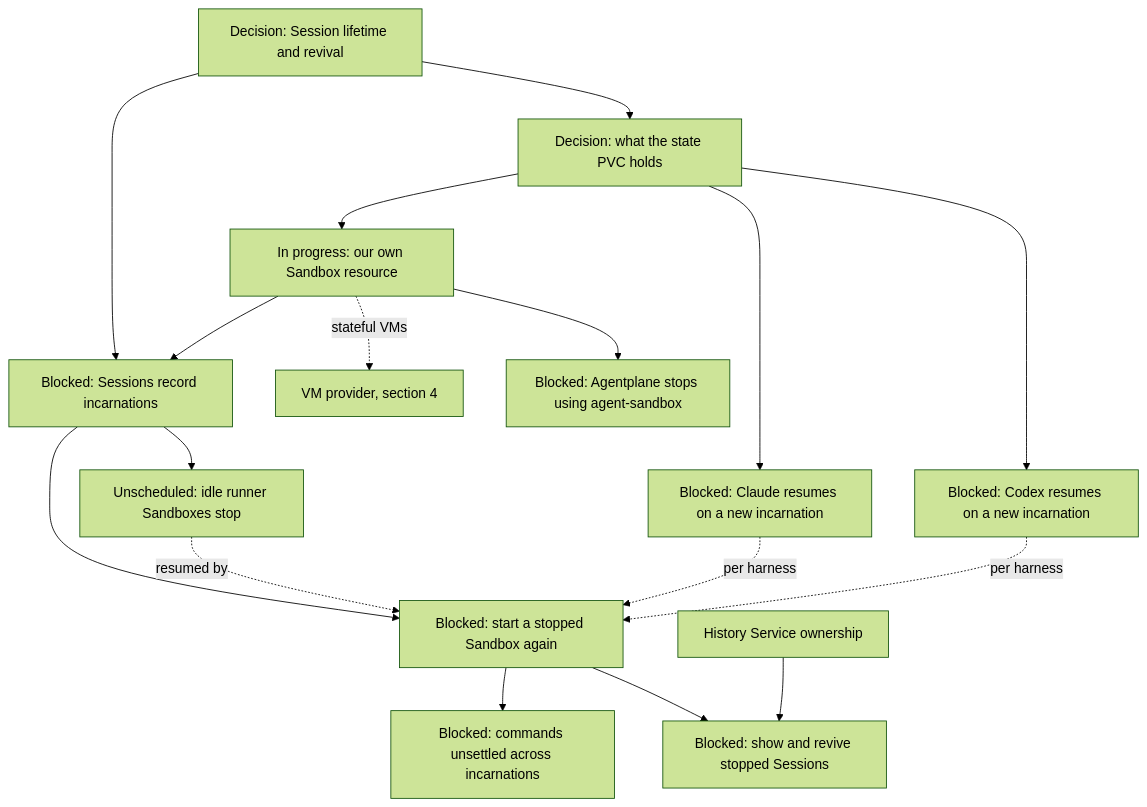
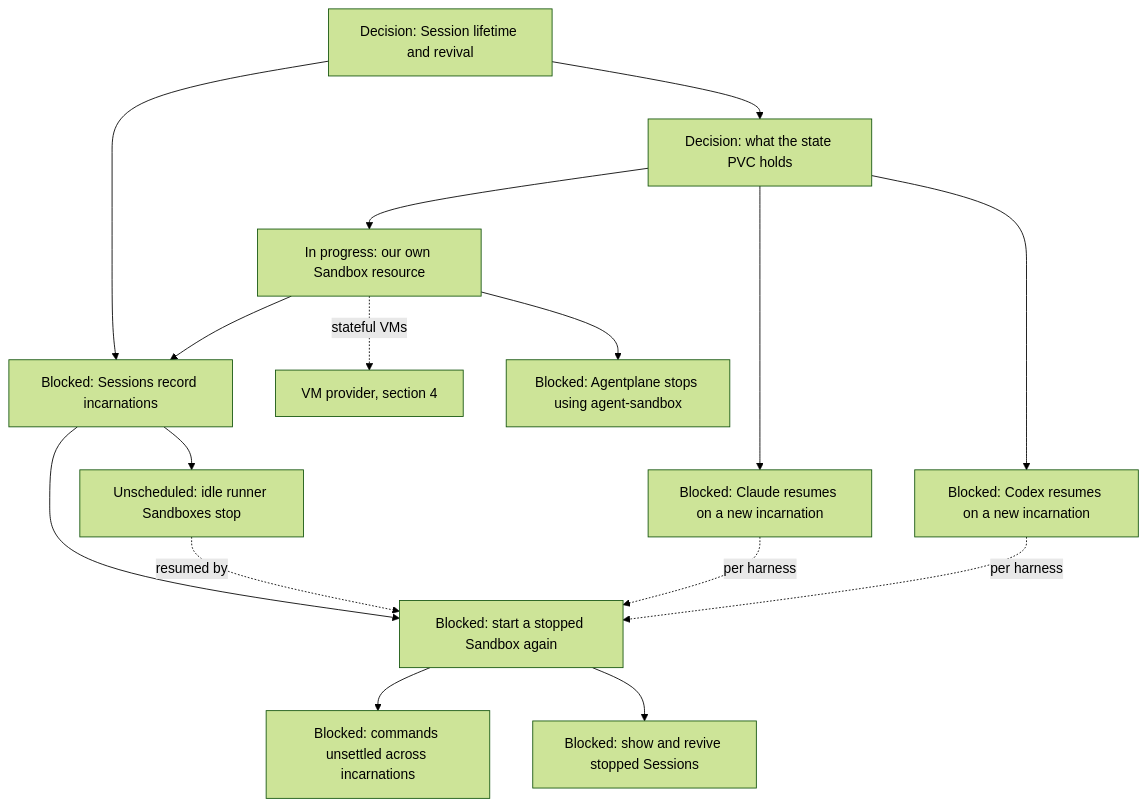
One commit to agentydragon-agent/ducktape changed the ninth of 14 diagrams in agentplane/plans/task_dag.md. Above: the diagram before and after it, drawn with Mermaid (forest theme). The commit also changed other lines of this file and 9 other files, not shown here.

````diff
--- a/agentplane/plans/task_dag.md
+++ b/agentplane/plans/task_dag.md
@@ -600,30 +582,28 @@
 ```mermaid
 flowchart TD
     DURABLE_SESSION_LIFECYCLE[Decision: Session lifetime and revival]
     SESSION_STATE_VOLUME_DESIGN[Decision: what the state PVC holds]
     AGENTPLANE_SANDBOX_RESOURCE[In progress: our own Sandbox resource]
     CLAUDE_PORTABLE_STATE[Blocked: Claude resumes on a new incarnation]
     CODEX_PORTABLE_STATE[Blocked: Codex resumes on a new incarnation]
     SESSION_INCARNATIONS[Blocked: Sessions record incarnations]
     SESSION_REVIVE[Blocked: start a stopped Sandbox again]
     THREAD_SUCCESSOR_DELIVERY[Blocked: commands unsettled across incarnations]
     HOSTED_THREAD_SURFACES[Blocked: show and revive stopped Sessions]
-    HISTORY_SERVICE_OWNERSHIP[History Service ownership]
     VM_PROVIDER[VM provider, section 4]
     DURABLE_SESSION_LIFECYCLE --> SESSION_STATE_VOLUME_DESIGN
     DURABLE_SESSION_LIFECYCLE --> SESSION_INCARNATIONS
     SESSION_STATE_VOLUME_DESIGN --> AGENTPLANE_SANDBOX_RESOURCE
     SESSION_STATE_VOLUME_DESIGN --> CLAUDE_PORTABLE_STATE
     SESSION_STATE_VOLUME_DESIGN --> CODEX_PORTABLE_STATE
     AGENTPLANE_SANDBOX_RESOURCE --> SESSION_INCARNATIONS
     AGENTPLANE_SANDBOX_RESOURCE --> AGENT_SANDBOX_RETIRE[Blocked: Agentplane stops using agent-sandbox]
     AGENTPLANE_SANDBOX_RESOURCE -. stateful VMs .-> VM_PROVIDER
     SESSION_INCARNATIONS --> SESSION_REVIVE
     SESSION_INCARNATIONS --> SANDBOX_IDLE_EXPIRY[Unscheduled: idle runner Sandboxes stop]
     SANDBOX_IDLE_EXPIRY -. resumed by .-> SESSION_REVIVE
     CLAUDE_PORTABLE_STATE -. per harness .-> SESSION_REVIVE
     CODEX_PORTABLE_STATE -. per harness .-> SESSION_REVIVE
     SESSION_REVIVE --> THREAD_SUCCESSOR_DELIVERY
     SESSION_REVIVE --> HOSTED_THREAD_SURFACES
-    HISTORY_SERVICE_OWNERSHIP --> HOSTED_THREAD_SURFACES
 ```
````
